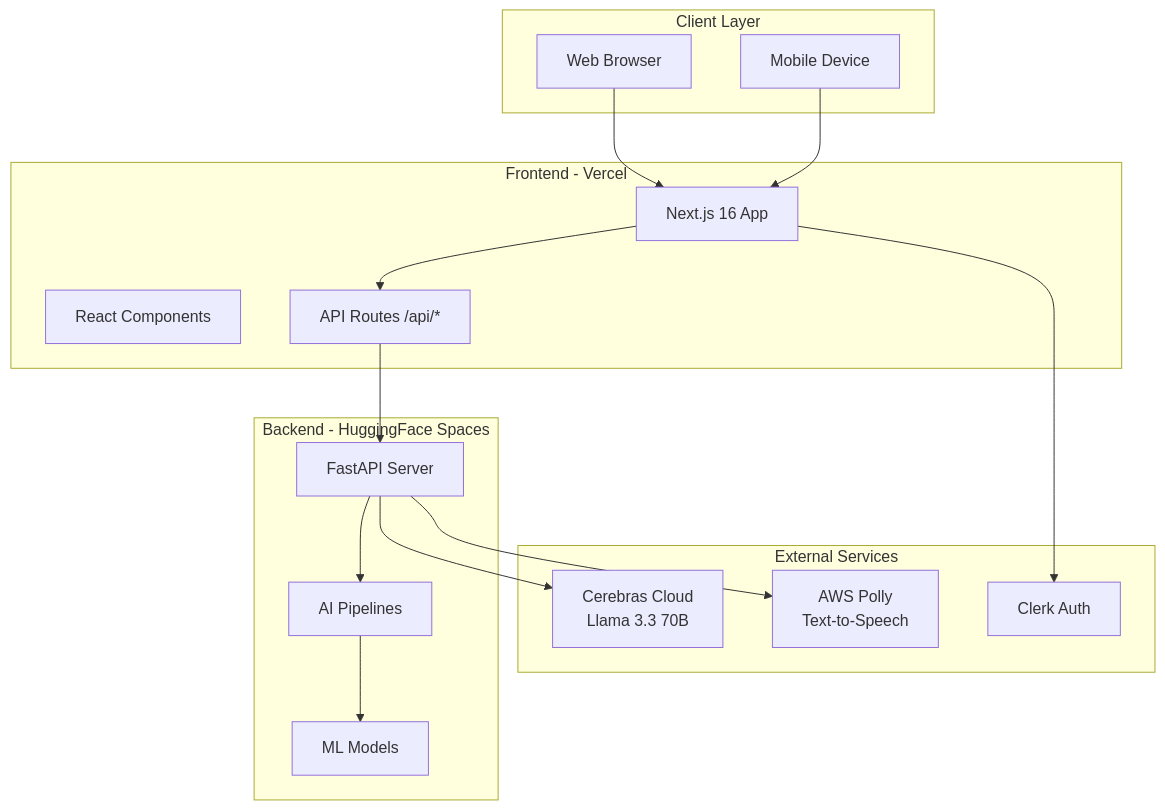
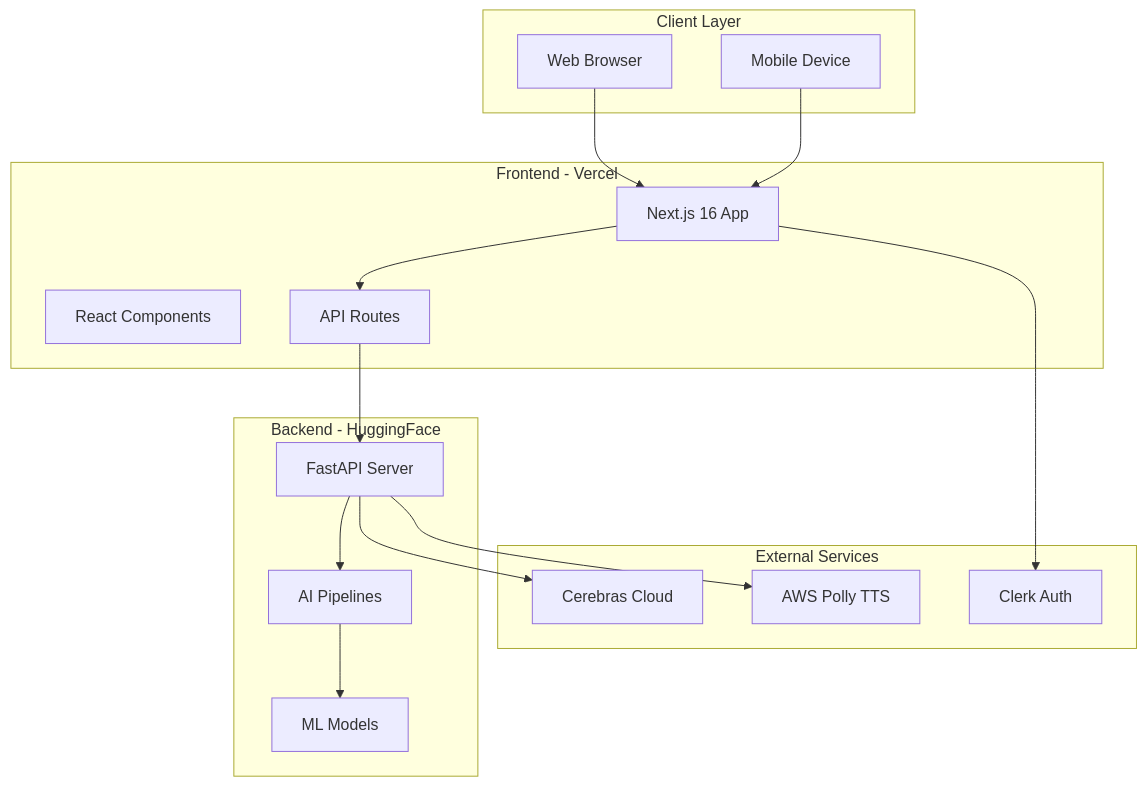
One commit to steeltroops-ai/NeuraLens changed the first of 11 diagrams in ARCHITECTURE.md. Above: the diagram before and after it, drawn with Mermaid. The commit also changed other lines of this file, not shown here.

Commit message:
fix(docs): correct Mermaid diagram syntax for GitHub rendering

````diff
--- a/ARCHITECTURE.md
+++ b/ARCHITECTURE.md
@@ -9,35 +9,35 @@
 ```mermaid
 graph TB
-    subgraph "Client Layer"
-        Browser[Web Browser]
-        Mobile[Mobile Device]
+    subgraph Client["Client Layer"]
+        Browser["Web Browser"]
+        Mobile["Mobile Device"]
     end
     
-    subgraph "Frontend - Vercel"
-        Next[Next.js 16 App]
-        UI[React Components]
-        API_Routes[API Routes /api/*]
+    subgraph Frontend["Frontend - Vercel"]
+        Next["Next.js 16 App"]
+        UI["React Components"]
+        API_Routes["API Routes"]
     end
     
-    subgraph "Backend - HuggingFace Spaces"
-        FastAPI[FastAPI Server]
-        Pipelines[AI Pipelines]
-        Models[ML Models]
+    subgraph Backend["Backend - HuggingFace"]
+        FastAPI["FastAPI Server"]
+        Pipelines["AI Pipelines"]
+        Models["ML Models"]
     end
     
-    subgraph "External Services"
-        Cerebras[Cerebras Cloud<br/>Llama 3.3 70B]
-        AWS[AWS Polly<br/>Text-to-Speech]
-        Clerk[Clerk Auth]
+    subgraph External["External Services"]
+        Cerebras["Cerebras Cloud"]
+        AWS["AWS Polly TTS"]
+        Clerk["Clerk Auth"]
     end
     
     Browser --> Next
     Mobile --> Next
     Next --> API_Routes
     API_Routes --> FastAPI
     FastAPI --> Pipelines
     Pipelines --> Models
     FastAPI --> Cerebras
     FastAPI --> AWS
     Next --> Clerk
 ```
````
